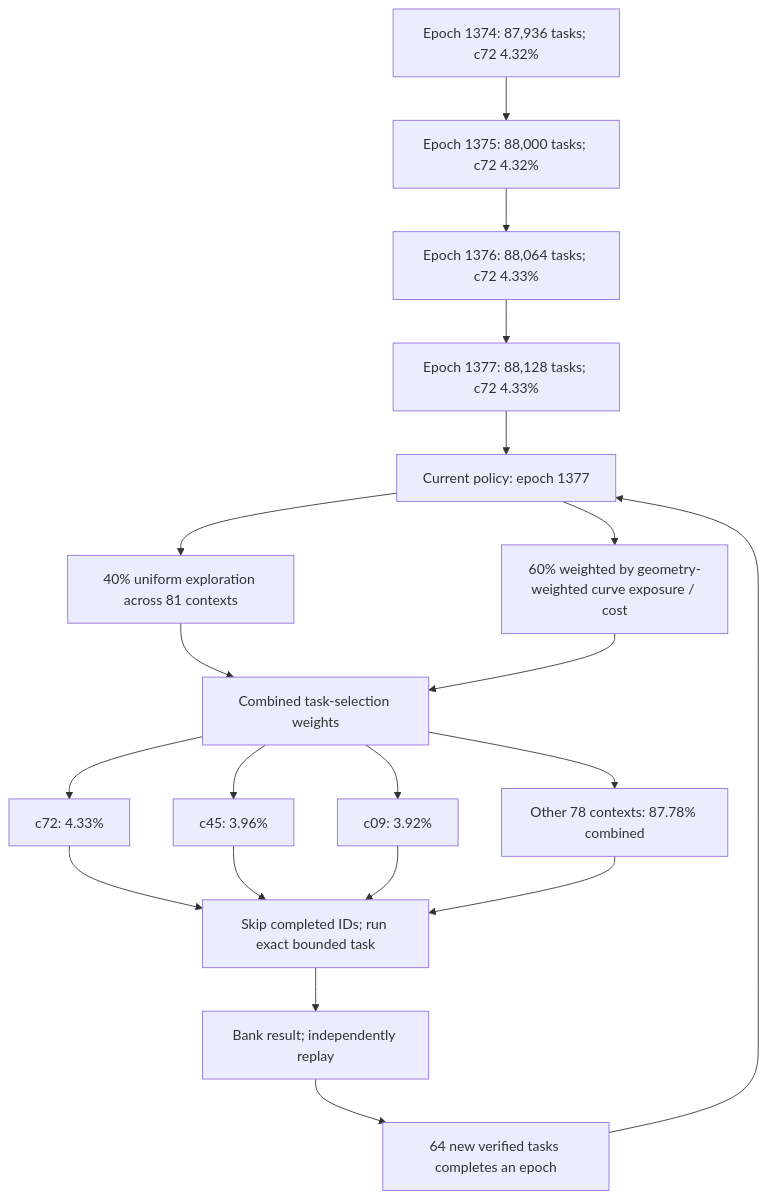
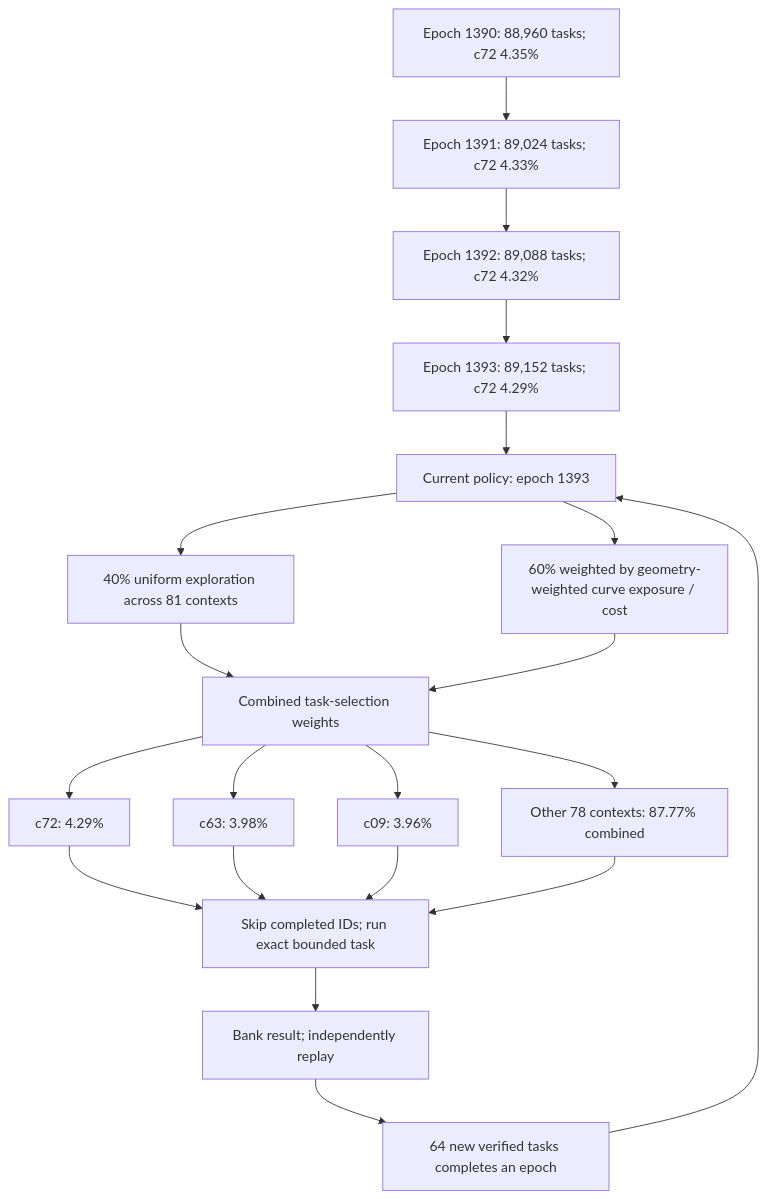
The first of 3 diagrams in README.md (Kuberwastaken/math-gambling), drawn with Mermaid before and after one commit. The commit also changed other lines of this file and 2135 other files, not shown here.

````diff
--- a/README.md
+++ b/README.md
@@ -56,27 +56,27 @@
 ```mermaid
 flowchart TD
-    H0["Epoch 1374: 87,936 tasks; c72 4.32%"]
-    H1["Epoch 1375: 88,000 tasks; c72 4.32%"]
+    H0["Epoch 1390: 88,960 tasks; c72 4.35%"]
+    H1["Epoch 1391: 89,024 tasks; c72 4.33%"]
     H0 --> H1
-    H2["Epoch 1376: 88,064 tasks; c72 4.33%"]
+    H2["Epoch 1392: 89,088 tasks; c72 4.32%"]
     H1 --> H2
-    H3["Epoch 1377: 88,128 tasks; c72 4.33%"]
+    H3["Epoch 1393: 89,152 tasks; c72 4.29%"]
     H2 --> H3
-    Policy["Current policy: epoch 1377"]
+    Policy["Current policy: epoch 1393"]
     H3 --> Policy
     Policy --> Explore["40% uniform exploration across 81 contexts"]
     Policy --> Cost["60% weighted by geometry-weighted curve exposure / cost"]
     Explore --> Mix["Combined task-selection weights"]
     Cost --> Mix
-    Mix --> C0["c72: 4.33%"]
-    Mix --> C1["c45: 3.96%"]
-    Mix --> C2["c09: 3.92%"]
-    Mix --> Rest["Other 78 contexts: 87.78% combined"]
+    Mix --> C0["c72: 4.29%"]
+    Mix --> C1["c63: 3.98%"]
+    Mix --> C2["c09: 3.96%"]
+    Mix --> Rest["Other 78 contexts: 87.77% combined"]
     C0 --> Check["Skip completed IDs; run exact bounded task"]
     C1 --> Check
     C2 --> Check
     Rest --> Check
     Check --> Replay["Bank result; independently replay"]
     Replay --> Gate["64 new verified tasks completes an epoch"]
     Gate --> Policy
 ```
````
